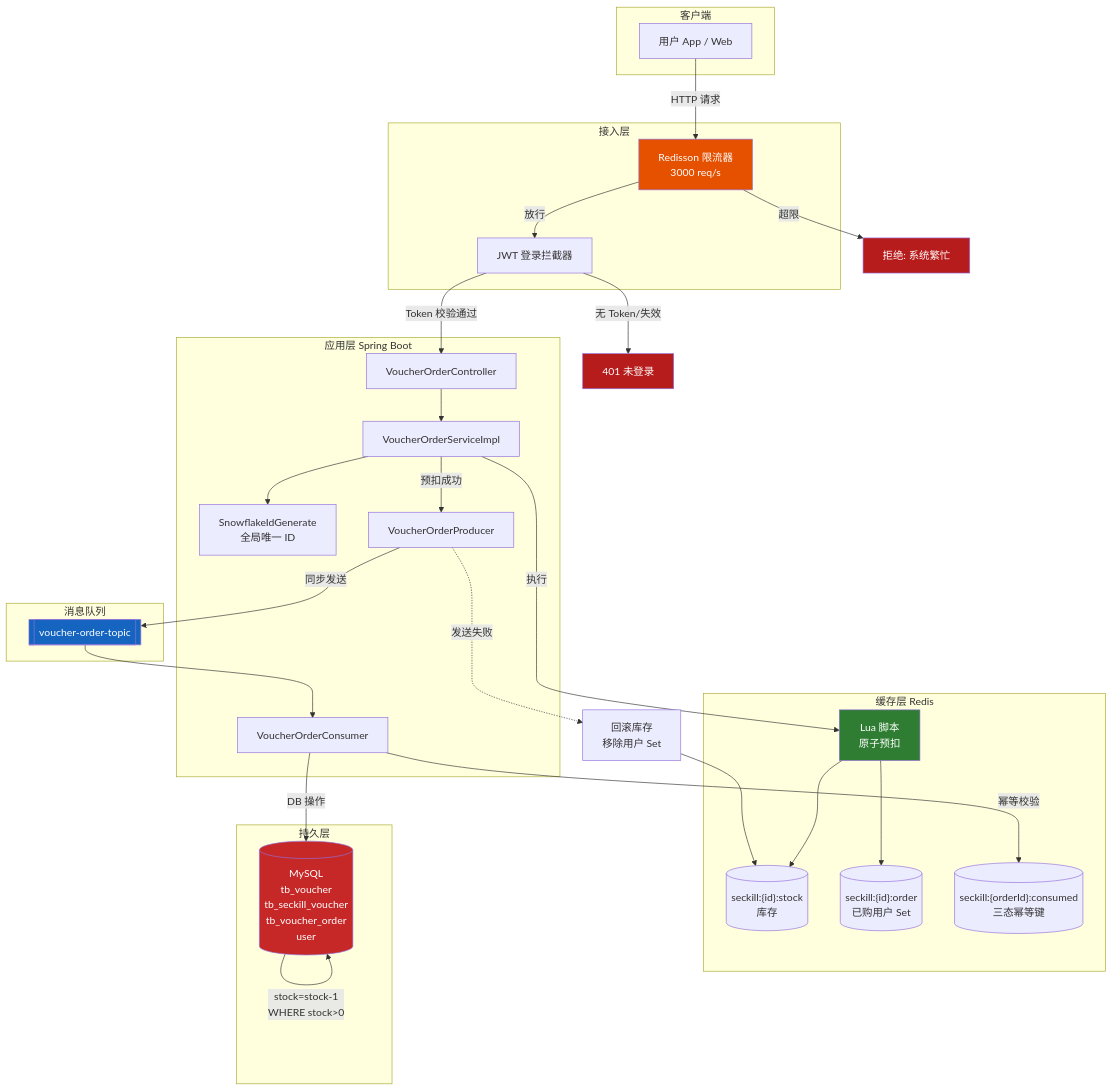
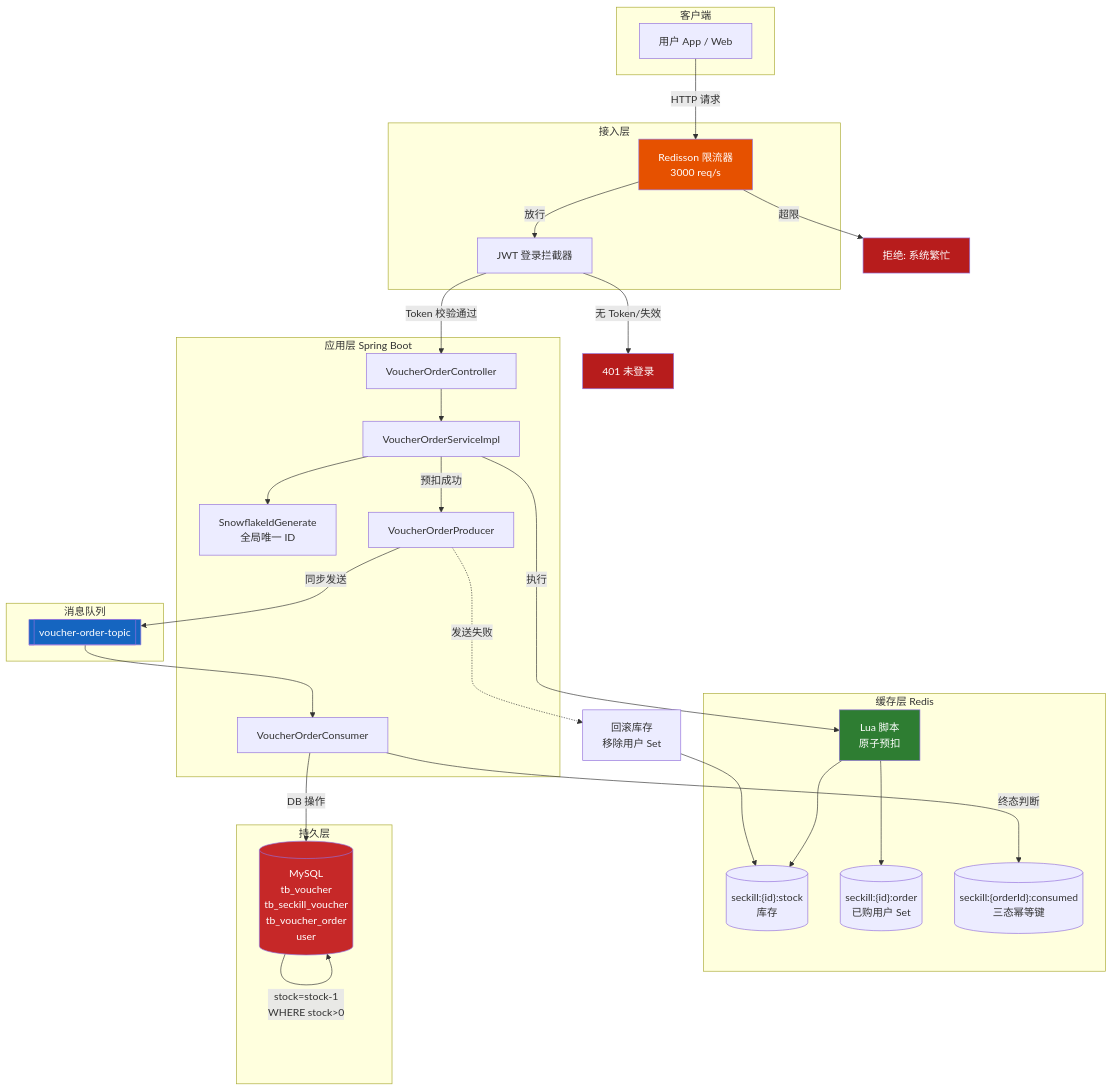
The first of 3 diagrams in README.md (Shardkiht/FlashDeal), drawn with Mermaid before and after one commit. The commit also changed other lines of this file, not shown here.

First line of the commit message:
docs(readme): 更新核心特性表格格式并修正流程图标签

````diff
--- a/README.md
+++ b/README.md
@@ -67,62 +67,62 @@
 ```mermaid
 flowchart TB
     subgraph Client["客户端"]
         U["用户 App / Web"]
     end
 
     subgraph Gateway["接入层"]
         RL["Redisson 限流器<br/>3000 req/s"]
         LI["JWT 登录拦截器"]
     end
 
     subgraph App["应用层 Spring Boot"]
         CTRL["VoucherOrderController"]
         SVC["VoucherOrderServiceImpl"]
         IDG["SnowflakeIdGenerate<br/>全局唯一 ID"]
         PROD["VoucherOrderProducer"]
         CONS["VoucherOrderConsumer"]
     end
 
     subgraph Cache["缓存层 Redis"]
         STOCK[("seckill:{id}:stock<br/>库存")]
         ORDER[("seckill:{id}:order<br/>已购用户 Set")]
         IDEM[("seckill:{orderId}:consumed<br/>三态幂等键")]
 
         LUA["Lua 脚本<br/>原子预扣"]
     end
 
     subgraph MQ["消息队列"]
         TOPIC[["voucher-order-topic"]]
     end
 
     subgraph DB["持久层"]
         MYSQL[("MySQL<br/>tb_voucher<br/>tb_seckill_voucher<br/>tb_voucher_order<br/>user")]
     end
 
     U -->|HTTP 请求| RL
     RL -->|放行| LI
     RL -->|超限| REJ["拒绝: 系统繁忙"]
     LI -->|Token 校验通过| CTRL
     LI -->|无 Token/失效| UNAUTH["401 未登录"]
     CTRL --> SVC
     SVC --> IDG
 
     SVC -->|执行| LUA
     LUA --> STOCK
     LUA --> ORDER
     SVC -->|预扣成功| PROD
     PROD -->|同步发送| TOPIC
     PROD -.->|发送失败| RB[回滚库存<br/>移除用户 Set]
     RB --> STOCK
     TOPIC --> CONS
-    CONS -->|幂等校验| IDEM
+    CONS -->|终态判断| IDEM
     CONS -->|DB 操作| MYSQL
     MYSQL -->|stock=stock-1<br/>WHERE stock>0| MYSQL
 
     style RL fill:#e65100,color:#fff
     style LUA fill:#2e7d32,color:#fff
     style TOPIC fill:#1565c0,color:#fff
     style MYSQL fill:#c62828,color:#fff
     style REJ fill:#b71c1c,color:#fff
     style UNAUTH fill:#b71c1c,color:#fff
 ```
````
